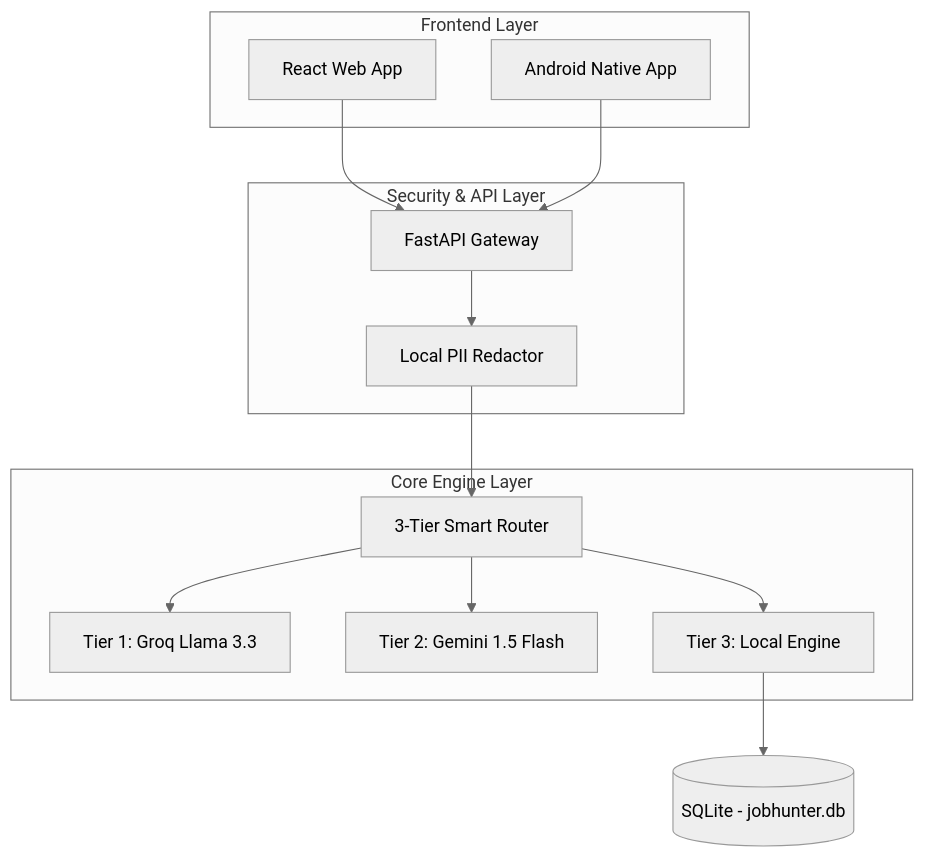
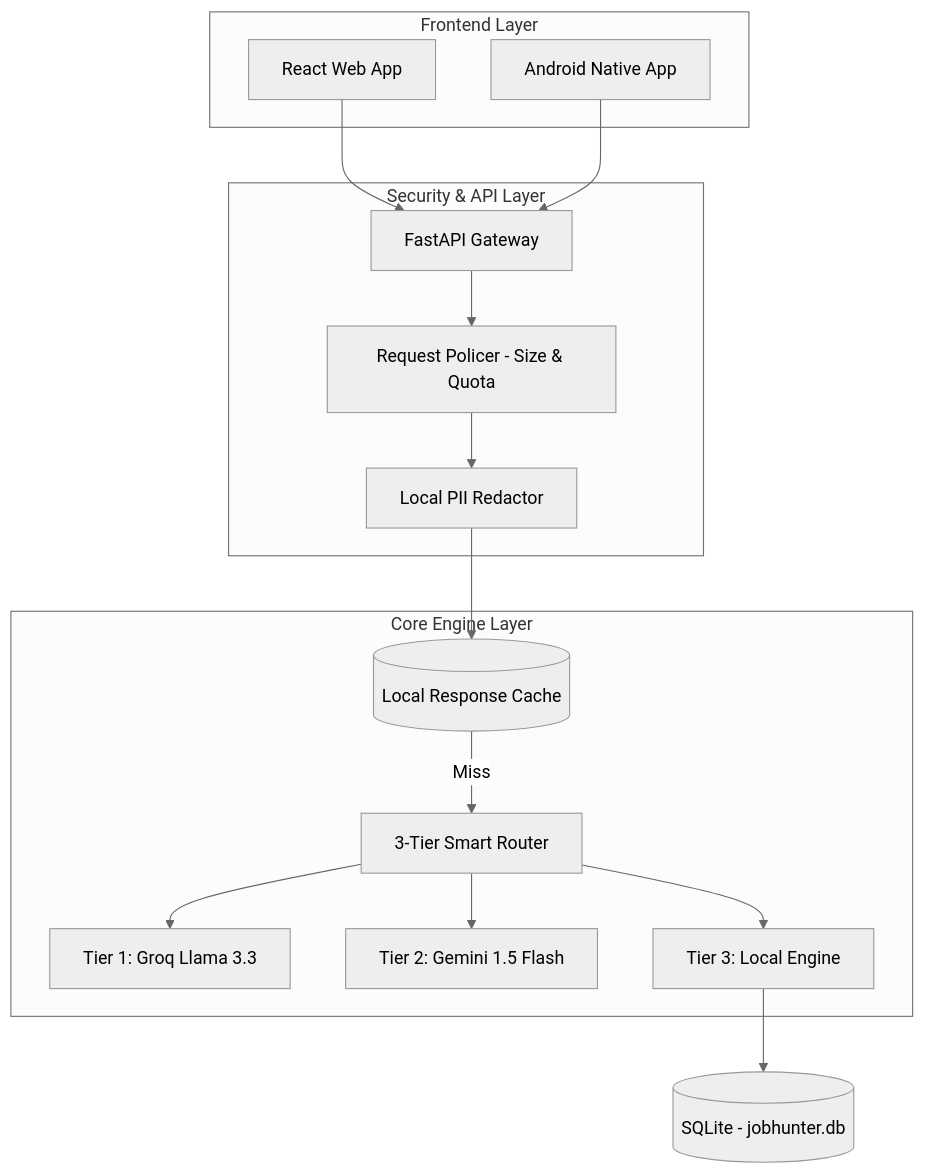
One commit to IamAzmathullaShaikh/JobHunterAI changed the diagram in README.md. Above: the diagram before and after it, drawn with Mermaid (neutral theme). The commit also changed other lines of this file and 45 other files, not shown here.

````diff
--- a/README.md
+++ b/README.md
@@ -9,30 +9,34 @@
 ```mermaid
 graph TD
     subgraph Frontend Layer
         Web[React Web App]
         Mobile[Android Native App]
     end
 
     subgraph Security & API Layer
         API[FastAPI Gateway]
+        Policer[Request Policer - Size & Quota]
         Sanitizer[Local PII Redactor]
     end
 
     subgraph Core Engine Layer
+        Cache[(Local Response Cache)]
         Router[3-Tier Smart Router]
         Groq[Tier 1: Groq Llama 3.3]
         Gemini[Tier 2: Gemini 1.5 Flash]
         LocalEng[Tier 3: Local Engine]
     end
 
     DB[(SQLite - jobhunter.db)]
 
     Web --> API
     Mobile --> API
-    API --> Sanitizer
-    Sanitizer --> Router
+    API --> Policer
+    Policer --> Sanitizer
+    Sanitizer --> Cache
+    Cache -- Miss --> Router
     Router --> Groq
     Router --> Gemini
     Router --> LocalEng
     LocalEng --> DB
 ```
````
